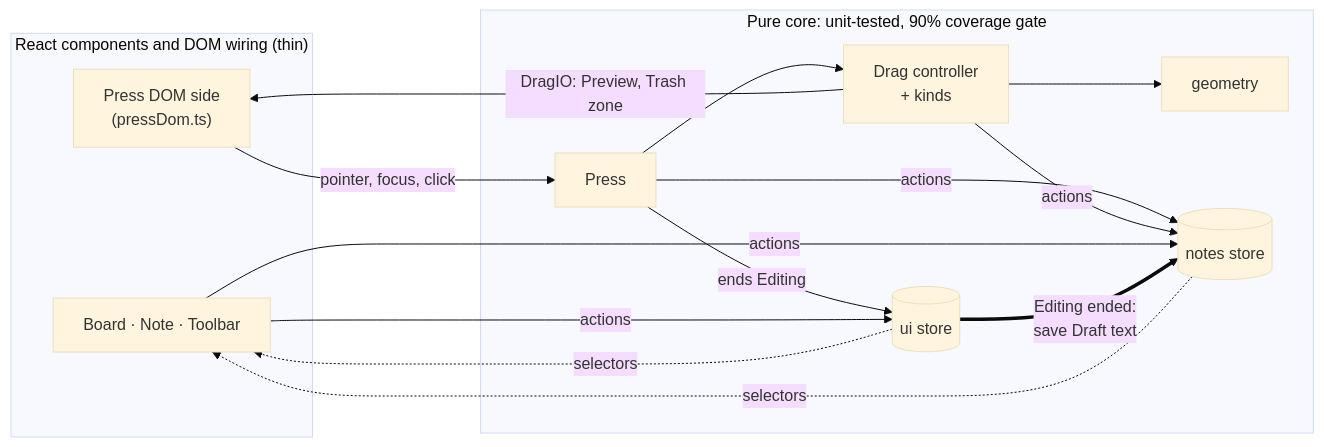
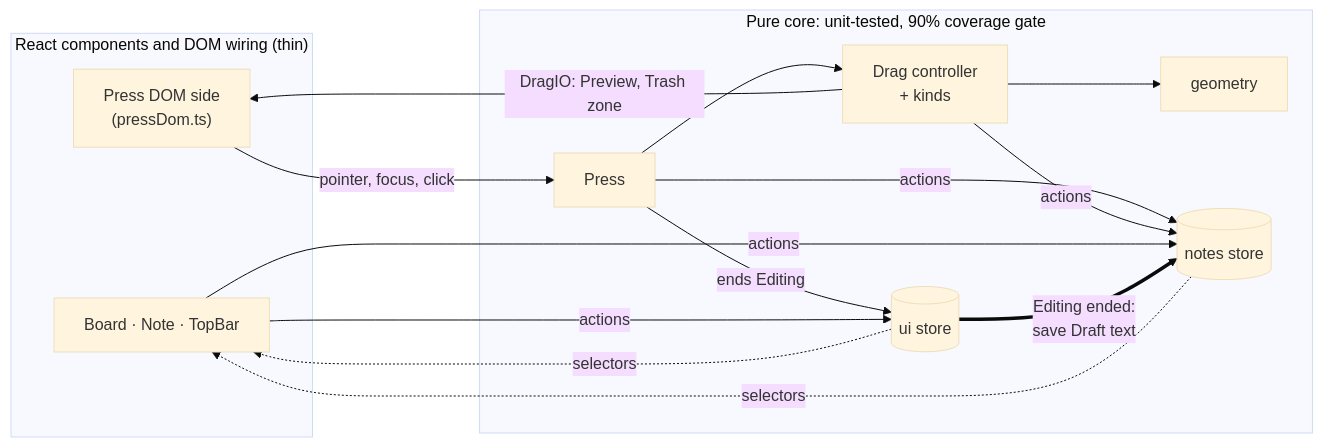
One commit to juanccastillog80/sticky-notes changed the diagram in README.md. Above: the diagram before and after it, drawn with Mermaid (base theme). The commit also changed 2 other files, not shown here.

Commit message:
Drop the stale service-worker comment; name TopBar in the diagrams

````diff
--- a/README.md
+++ b/README.md
@@ -65,22 +65,22 @@
 ```mermaid
 flowchart LR
   subgraph UI["React components and DOM wiring (thin)"]
-    Comp["Board · Note · Toolbar"]
+    Comp["Board · Note · TopBar"]
     PDom["Press DOM side<br/>(pressDom.ts)"]
   end
   subgraph Core["Pure core: unit-tested, 90% coverage gate"]
     Press["Press"]
     Ctrl["Drag controller<br/>+ kinds"]
     Geo["geometry"]
     NS[("notes store")]
     US[("ui store")]
   end
   PDom -- "pointer, focus, click" --> Press
   Press --> Ctrl --> Geo
   Ctrl -- "DragIO: Preview, Trash zone" --> PDom
   Press & Ctrl -- "actions" --> NS
   Press -- "ends Editing" --> US
   Comp -- "actions" --> NS & US
   NS & US -. "selectors" .-> Comp
   US == "Editing ended:<br/>save Draft text" ==> NS
 ```
````
